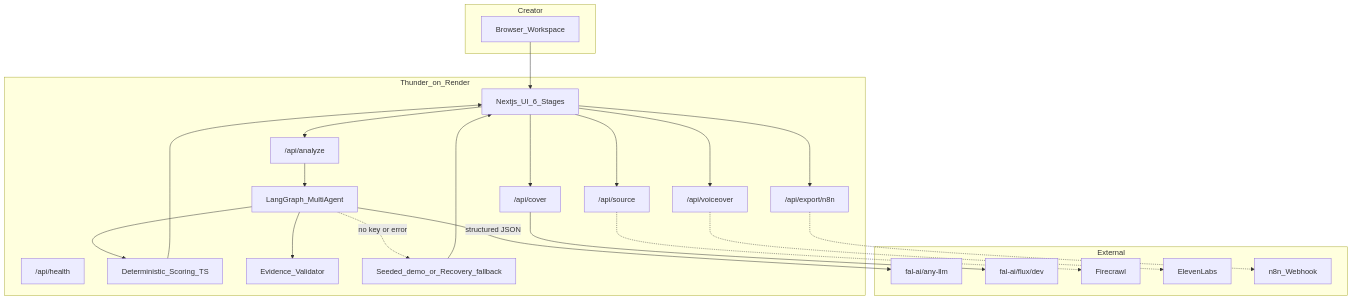
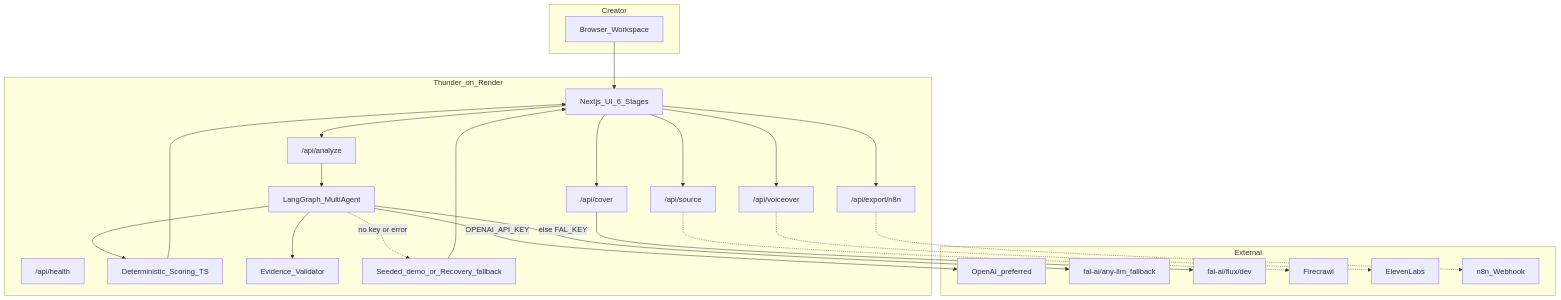
The first of 4 diagrams in docs/architecture.md (harshjoshi23/Thunder), drawn with Mermaid before and after one commit. The commit also changed other lines of this file and 62 other files, not shown here.

````diff
--- a/docs/architecture.md
+++ b/docs/architecture.md
@@ -7,46 +7,48 @@
 ```mermaid
 flowchart TB
   subgraph creator [Creator]
     Browser[Browser_Workspace]
   end
 
   subgraph thunderApp [Thunder_on_Render]
     UI[Nextjs_UI_6_Stages]
     API_H["/api/health"]
     API_S["/api/source"]
     API_A["/api/analyze"]
     API_C["/api/cover"]
     API_V["/api/voiceover"]
     API_E["/api/export/n8n"]
     Graph[LangGraph_MultiAgent]
     Score[Deterministic_Scoring_TS]
     Evidence[Evidence_Validator]
     Fallback[Seeded_demo_or_Recovery_fallback]
   end
 
   subgraph external [External]
-    FalLM["fal-ai/any-llm"]
+    OpenAI[OpenAI_preferred]
+    FalLM["fal-ai/any-llm_fallback"]
     FalImg["fal-ai/flux/dev"]
     Firecrawl[Firecrawl]
     Eleven[ElevenLabs]
     N8N[n8n_Webhook]
   end
 
   Browser --> UI
   UI --> API_A
   UI --> API_S
   UI --> API_C
   UI --> API_V
   UI --> API_E
   API_A --> Graph
-  Graph -->|structured JSON| FalLM
+  Graph -->|OPENAI_API_KEY| OpenAI
+  Graph -->|else FAL_KEY| FalLM
   Graph --> Evidence
   Graph --> Score
   Graph -.->|no key or error| Fallback
   API_C --> FalImg
   API_S -.-> Firecrawl
   API_V -.-> Eleven
   API_E -.-> N8N
   Fallback --> UI
   Score --> UI
 ```
````
